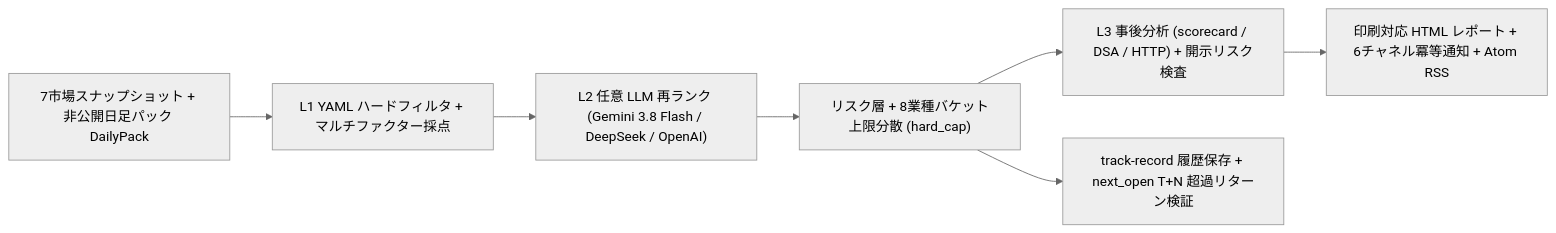
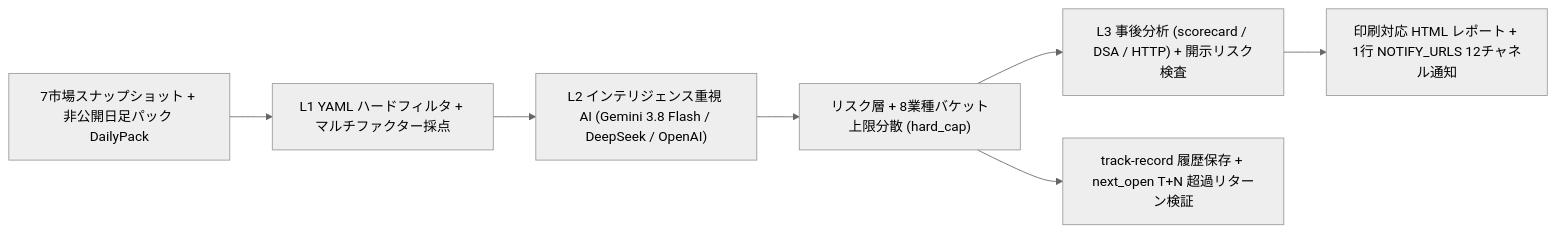
One commit to ZhuLinsen/alphasift changed the diagram in README.ja.md. Above: the diagram before and after it, drawn with Mermaid (neutral theme). The commit also changed other lines of this file and 18 other files, not shown here.

Commit message:
feat(notify,ci,ai): add 1-line NOTIFY_URLS 12-channel push, fork Pages guard, and AI red-flag ranking

````diff
--- a/README.ja.md
+++ b/README.ja.md
@@ -70,9 +68,9 @@
 ```mermaid
 flowchart LR
   M["7市場スナップショット + 非公開日足パック DailyPack"] --> L1["L1 YAML ハードフィルタ + マルチファクター採点"]
-  L1 --> L2["L2 任意 LLM 再ランク (Gemini 3.8 Flash / DeepSeek / OpenAI)"]
+  L1 --> L2["L2 インテリジェンス重視 AI (Gemini 3.8 Flash / DeepSeek / OpenAI)"]
   L2 --> RK["リスク層 + 8業種バケット上限分散 (hard_cap)"]
   RK --> L3["L3 事後分析 (scorecard / DSA / HTTP) + 開示リスク検査"]
-  L3 --> OUT["印刷対応 HTML レポート + 6チャネル冪等通知 + Atom RSS"]
+  L3 --> OUT["印刷対応 HTML レポート + 1行 NOTIFY_URLS 12チャネル通知"]
   RK --> AUD["track-record 履歴保存 + next_open T+N 超過リターン検証"]
 ```
````
